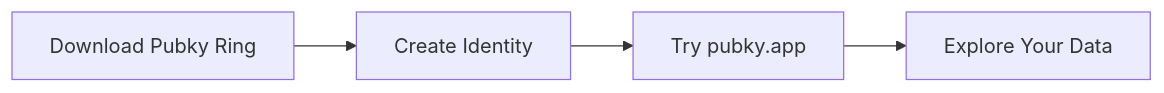
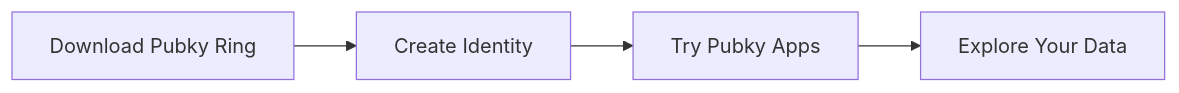
The diagram in src/content/docs/getting-started.md (pubky/pubky-knowledge-base-v2), drawn with Mermaid before and after one commit. The commit also changed other lines of this file, not shown here.

````diff
--- a/src/content/docs/getting-started.md
+++ b/src/content/docs/getting-started.md
@@ -11,6 +11,6 @@
 ```mermaid
 flowchart LR
     Ring[Download Pubky Ring] --> Identity[Create Identity]
-    Identity --> App[Try pubky.app]
+    Identity --> App[Try Pubky Apps]
     App --> Data[Explore Your Data]
 ```
````
